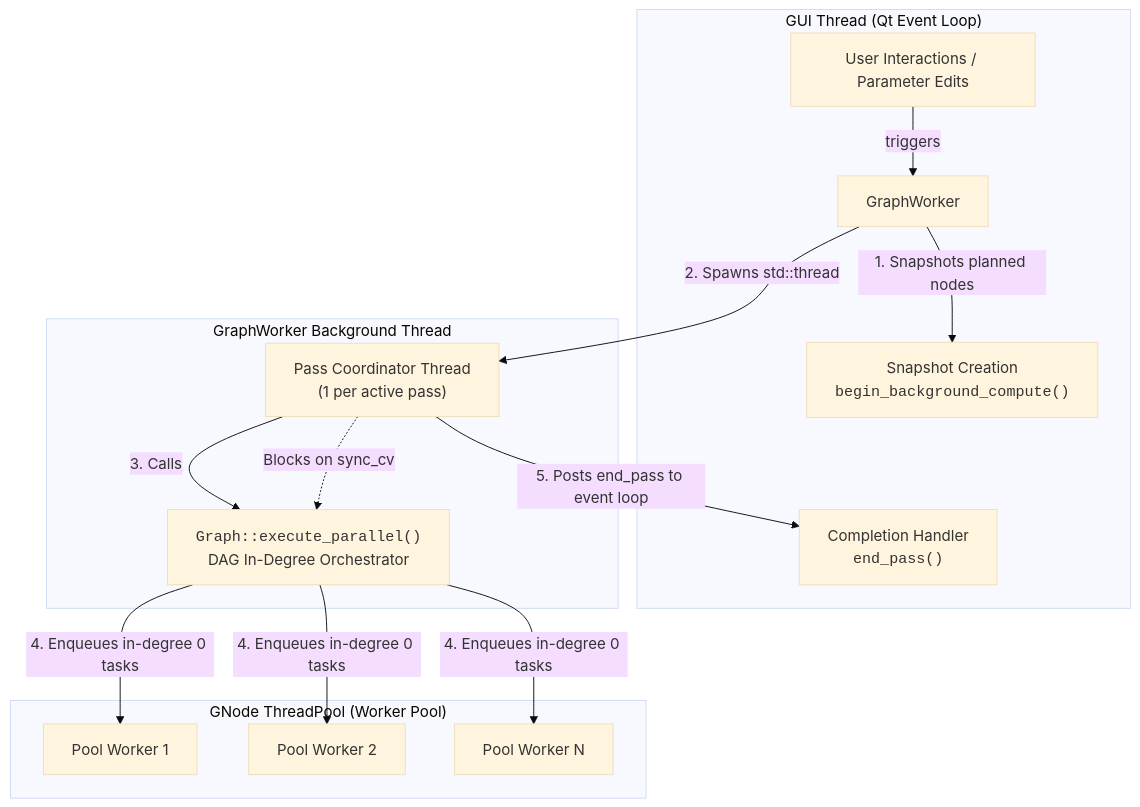
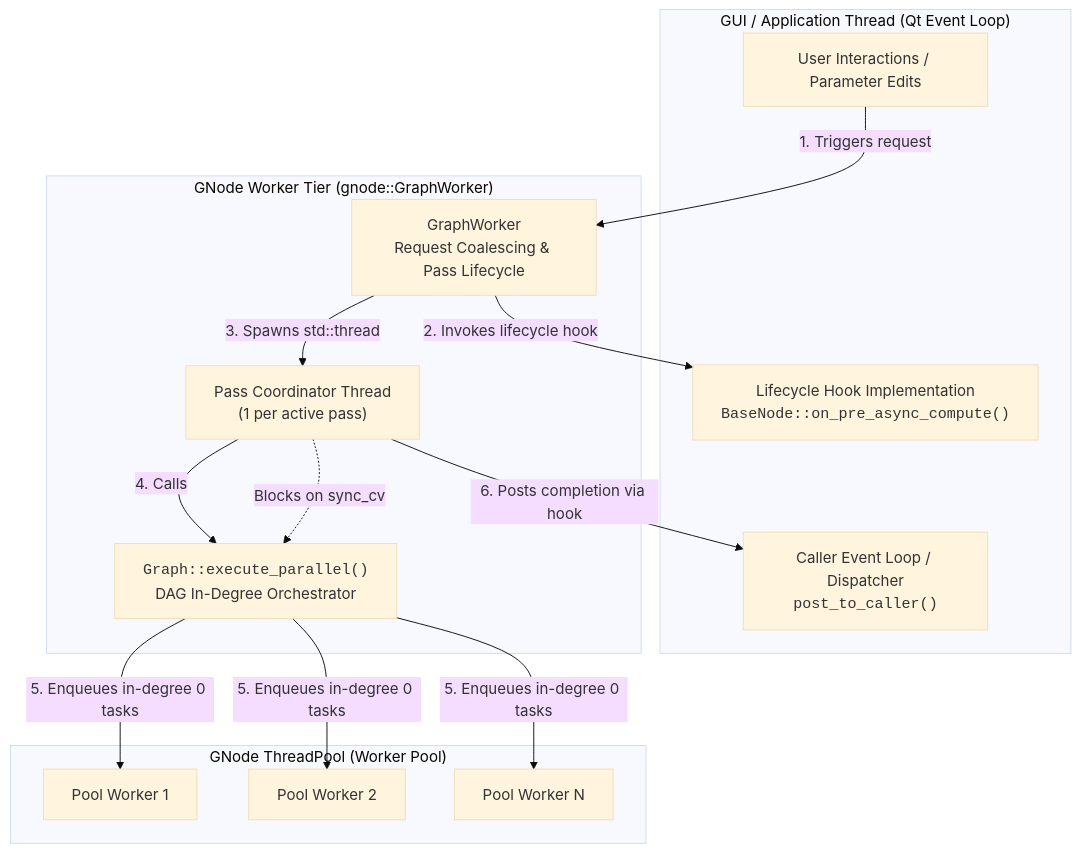
Before and after one commit to ottolink-dev/Hesiod: the first of 4 diagrams in docs/design/async_update_architecture/README.md, drawn with Mermaid (base theme). The commit also changed other lines of this file and 19 other files, not shown here.

Commit message:
refactor: migrate GraphWorker to GNode and update architecture docs

````diff
--- a/docs/design/async_update_architecture/README.md
+++ b/docs/design/async_update_architecture/README.md
@@ -19,30 +23,30 @@
 ```mermaid
 graph TB
-    subgraph GUI_Tier ["GUI Thread (Qt Event Loop)"]
+    subgraph GUI_Tier ["GUI / Application Thread (Qt Event Loop)"]
         UI["User Interactions / Parameter Edits"]
-        GW["GraphWorker"]
-        Snap["Snapshot Creation<br/><code>begin_background_compute()</code>"]
-        PostRecv["Completion Handler<br/><code>end_pass()</code>"]
+        PostRecv["Caller Event Loop / Dispatcher<br/><code>post_to_caller()</code>"]
+        SnapHook["Lifecycle Hook Implementation<br/><code>BaseNode::on_pre_async_compute()</code>"]
     end
 
-    subgraph Worker_Tier ["GraphWorker Background Thread"]
+    subgraph GNode_Worker_Tier ["GNode Worker Tier (gnode::GraphWorker)"]
+        GW["GraphWorker<br/>Request Coalescing & Pass Lifecycle"]
         CoordThread["Pass Coordinator Thread<br/>(1 per active pass)"]
         GNodeCoord["<code>Graph::execute_parallel()</code><br/>DAG In-Degree Orchestrator"]
     end
 
     subgraph Pool_Tier ["GNode ThreadPool (Worker Pool)"]
         T1["Pool Worker 1"]
         T2["Pool Worker 2"]
         Tn["Pool Worker N"]
     end
 
-    UI -->|triggers| GW
-    GW -->|1. Snapshots planned nodes| Snap
-    GW -->|2. Spawns std::thread| CoordThread
-    CoordThread -->|3. Calls| GNodeCoord
-    GNodeCoord -->|4. Enqueues in-degree 0 tasks| T1
-    GNodeCoord -->|4. Enqueues in-degree 0 tasks| T2
-    GNodeCoord -->|4. Enqueues in-degree 0 tasks| Tn
+    UI -->|1. Triggers request| GW
+    GW -->|2. Invokes lifecycle hook| SnapHook
+    GW -->|3. Spawns std::thread| CoordThread
+    CoordThread -->|4. Calls| GNodeCoord
+    GNodeCoord -->|5. Enqueues in-degree 0 tasks| T1
+    GNodeCoord -->|5. Enqueues in-degree 0 tasks| T2
+    GNodeCoord -->|5. Enqueues in-degree 0 tasks| Tn
     CoordThread -.->|Blocks on sync_cv| GNodeCoord
-    CoordThread -->|5. Posts end_pass to event loop| PostRecv
+    CoordThread -->|6. Posts completion via hook| PostRecv
 ```
````
